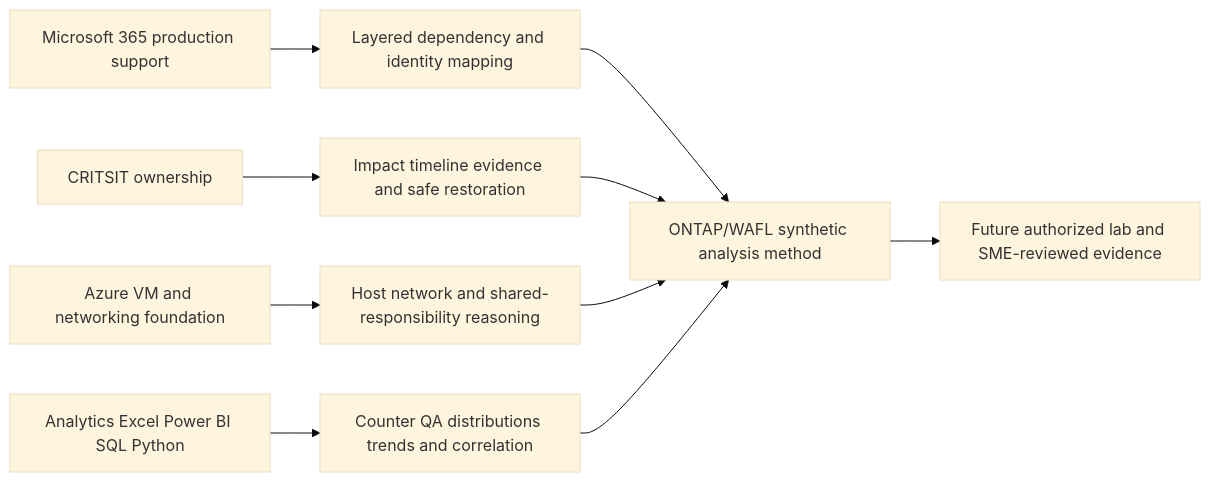
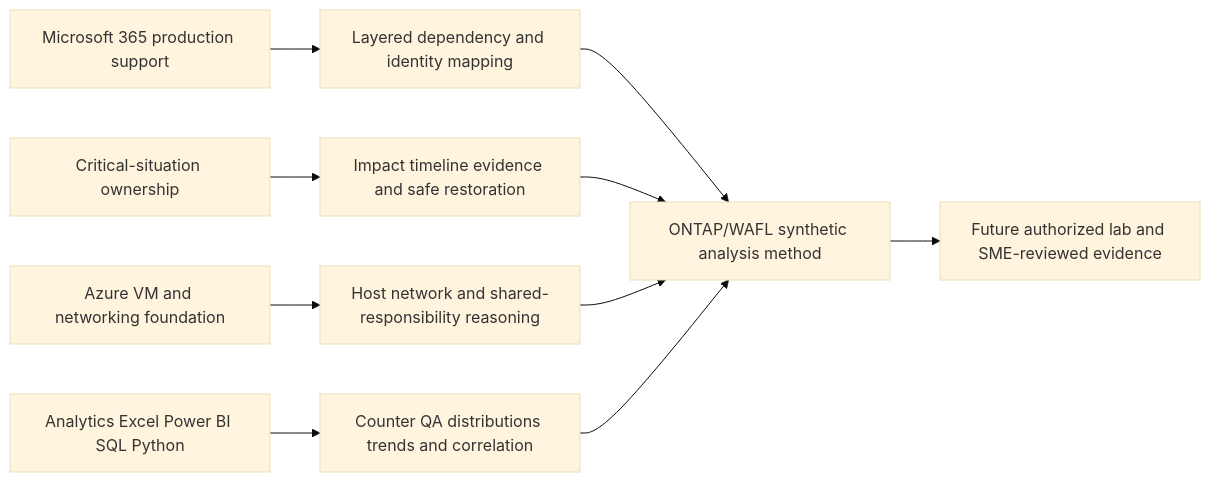
Before and after one commit to hichauhan-in/Interview-Prep: diagram 23 of 24 in NetApp TAM/prep/Part-20-ontap-wafl-architecture.md, drawn with Mermaid (base theme). The commit also changed other lines of this file and 493 other files, not shown here.

````diff
--- a/NetApp TAM/prep/Part-20-ontap-wafl-architecture.md
+++ b/NetApp TAM/prep/Part-20-ontap-wafl-architecture.md
@@ -707,12 +707,12 @@
 ```mermaid
 flowchart LR
     M365[Microsoft 365 production support] --> MAP[Layered dependency and identity mapping]
-    CRIT[CRITSIT ownership] --> TIME[Impact timeline evidence and safe restoration]
+    CRIT[Critical-situation ownership] --> TIME[Impact timeline evidence and safe restoration]
     AZ[Azure VM and networking foundation] --> PATH[Host network and shared-responsibility reasoning]
     BI[Analytics Excel Power BI SQL Python] --> METRIC[Counter QA distributions trends and correlation]
     MAP --> ONTAP[ONTAP/WAFL synthetic analysis method]
     TIME --> ONTAP
     PATH --> ONTAP
     METRIC --> ONTAP
     ONTAP --> LAB[Future authorized lab and SME-reviewed evidence]
 ```
````
